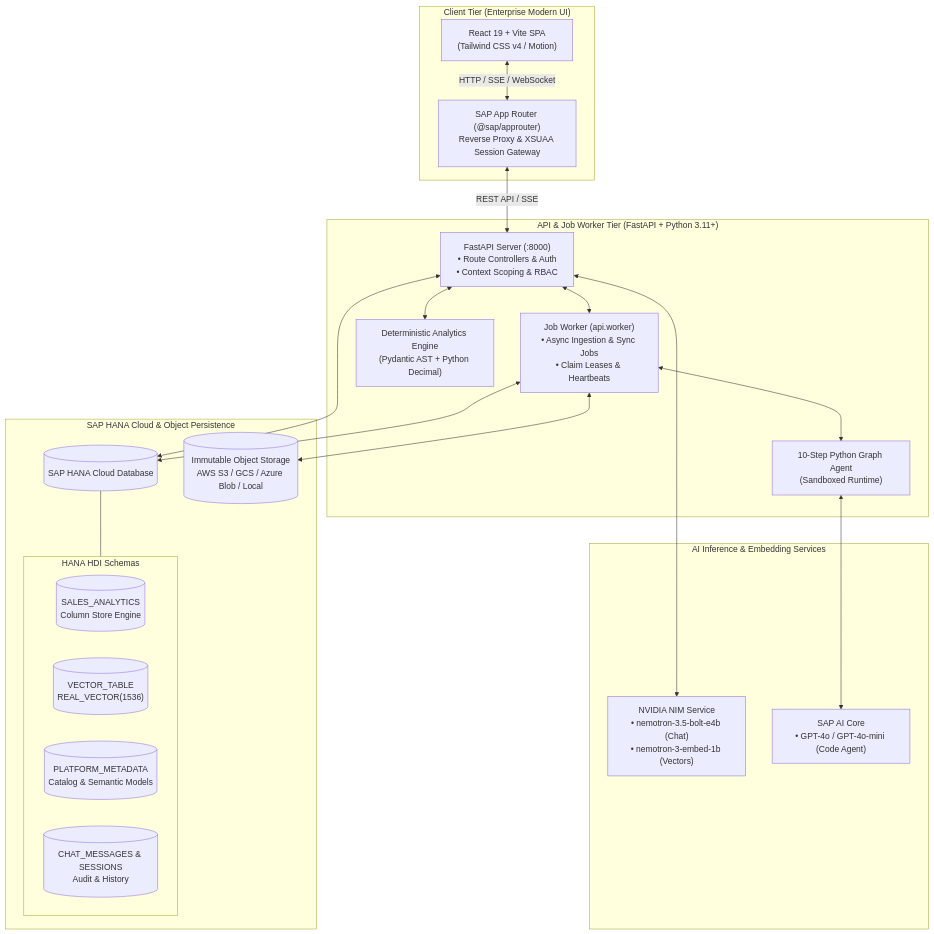
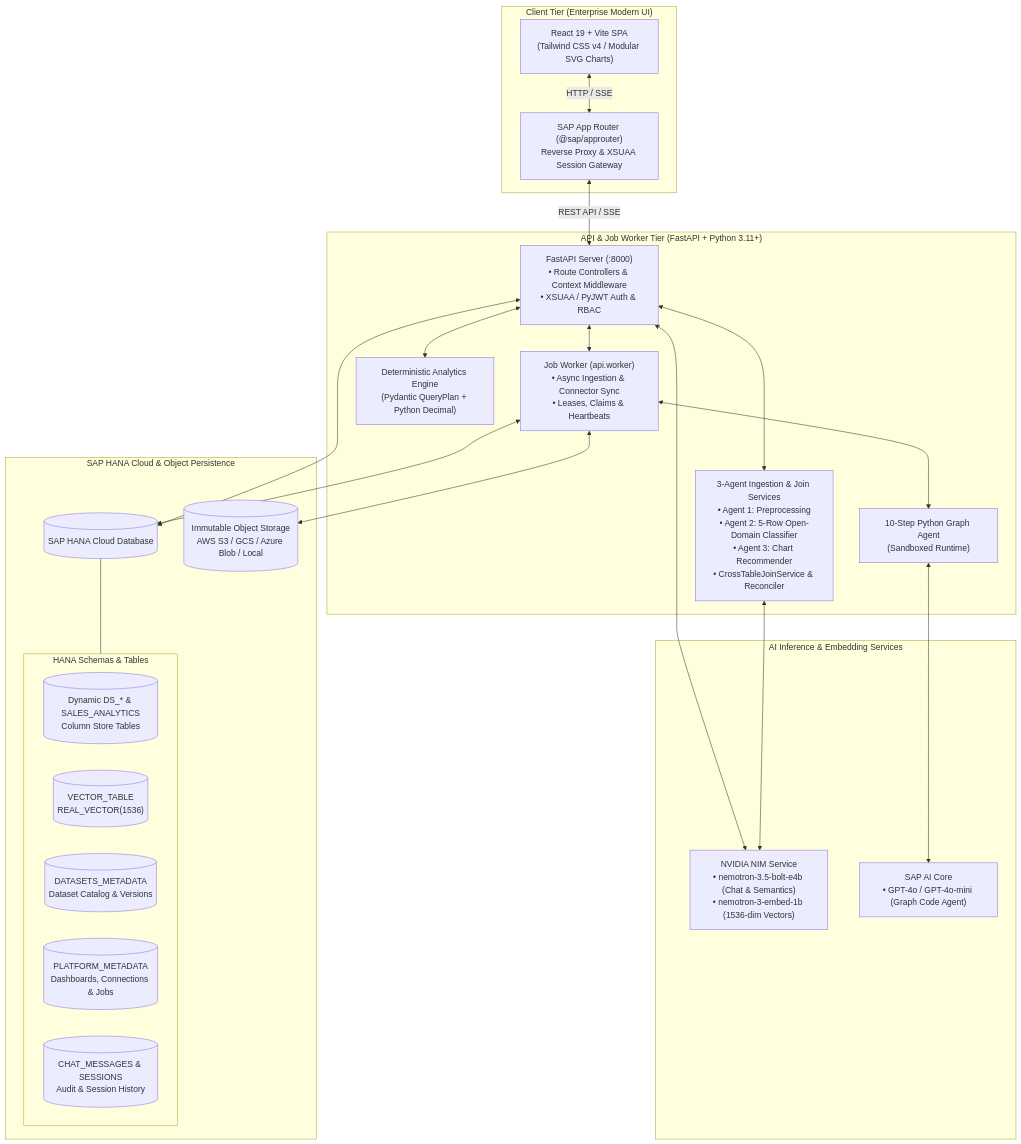
The diagram in README.md (tlokeshkumar1/GEN-AI-Analytics-Platform), drawn with Mermaid before and after one commit. The commit also changed other lines of this file and 31 other files, not shown here.

Commit message:
updated metadata-driven analytics platform backend services, UI components, and tests

````diff
--- a/README.md
+++ b/README.md
@@ -64,41 +68,45 @@
 ```mermaid
 flowchart TB
     subgraph Client_Tier["Client Tier (Enterprise Modern UI)"]
-        SPA["React 19 + Vite SPA\n(Tailwind CSS v4 / Motion)"]
+        SPA["React 19 + Vite SPA\n(Tailwind CSS v4 / Modular SVG Charts)"]
         AppRouter["SAP App Router (@sap/approuter)\nReverse Proxy & XSUAA Session Gateway"]
-        SPA <-->|HTTP / SSE / WebSocket| AppRouter
+        SPA <-->|HTTP / SSE| AppRouter
     end
 
     subgraph API_Worker_Tier["API & Job Worker Tier (FastAPI + Python 3.11+)"]
-        API["FastAPI Server (:8000)\n• Route Controllers & Auth\n• Context Scoping & RBAC"]
-        Worker["Job Worker (api.worker)\n• Async Ingestion & Sync Jobs\n• Claim Leases & Heartbeats"]
-        Engine["Deterministic Analytics Engine\n(Pydantic AST + Python Decimal)"]
+        API["FastAPI Server (:8000)\n• Route Controllers & Context Middleware\n• XSUAA / PyJWT Auth & RBAC"]
+        Worker["Job Worker (api.worker)\n• Async Ingestion & Connector Sync\n• Leases, Claims & Heartbeats"]
+        Agents["3-Agent Ingestion & Join Services\n• Agent 1: Preprocessing\n• Agent 2: 5-Row Open-Domain Classifier\n• Agent 3: Chart Recommender\n• CrossTableJoinService & Reconciler"]
+        Engine["Deterministic Analytics Engine\n(Pydantic QueryPlan + Python Decimal)"]
         GraphAgent["10-Step Python Graph Agent\n(Sandboxed Runtime)"]
         AppRouter <-->|REST API / SSE| API
+        API <--> Agents
         API <--> Engine
         API <--> Worker
         Worker <--> GraphAgent
     end
 
     subgraph AI_Inference_Tier["AI Inference & Embedding Services"]
-        NIM["NVIDIA NIM Service\n• nemotron-3.5-bolt-e4b (Chat)\n• nemotron-3-embed-1b (Vectors)"]
-        AICore["SAP AI Core\n• GPT-4o / GPT-4o-mini (Code Agent)"]
+        NIM["NVIDIA NIM Service\n• nemotron-3.5-bolt-e4b (Chat & Semantics)\n• nemotron-3-embed-1b (1536-dim Vectors)"]
+        AICore["SAP AI Core\n• GPT-4o / GPT-4o-mini (Graph Code Agent)"]
         API <--> NIM
+        Agents <--> NIM
         GraphAgent <--> AICore
     end
 
     subgraph Data_Storage_Tier["SAP HANA Cloud & Object Persistence"]
         HANA_Store[("SAP HANA Cloud Database")]
-        subgraph HANA_Tables["HANA HDI Schemas"]
-            SA[("SALES_ANALYTICS\nColumn Store Engine")]
+        subgraph HANA_Tables["HANA Schemas & Tables"]
+            SA[("Dynamic DS_* & SALES_ANALYTICS\nColumn Store Tables")]
             VT[("VECTOR_TABLE\nREAL_VECTOR(1536)")]
-            PM[("PLATFORM_METADATA\nCatalog & Semantic Models")]
-            CH[("CHAT_MESSAGES & SESSIONS\nAudit & History")]
+            DM[("DATASETS_METADATA\nDataset Catalog & Versions")]
+            PM[("PLATFORM_METADATA\nDashboards, Connections & Jobs")]
+            CH[("CHAT_MESSAGES & SESSIONS\nAudit & Session History")]
         end
         HANA_Store --- HANA_Tables
         ObjectStore[("Immutable Object Storage\nAWS S3 / GCS / Azure Blob / Local")]
         API <--> HANA_Store
         Worker <--> HANA_Store
         Worker <--> ObjectStore
     end
 ```
````
